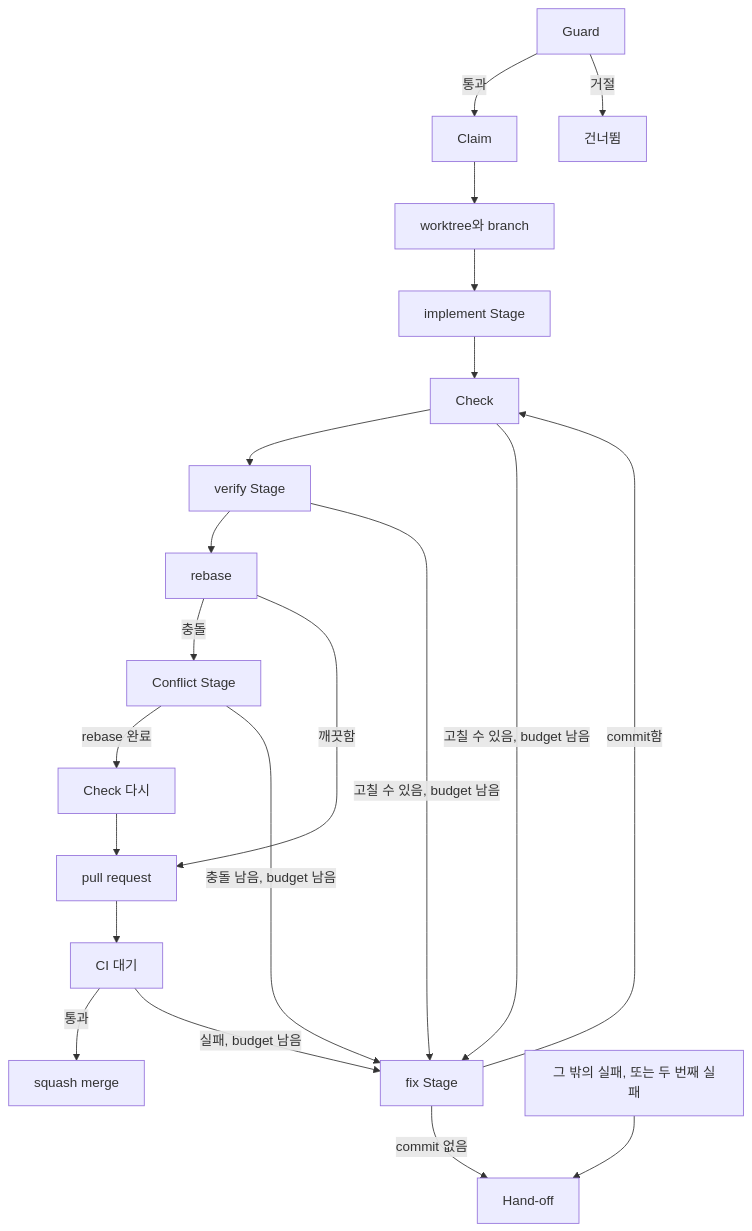
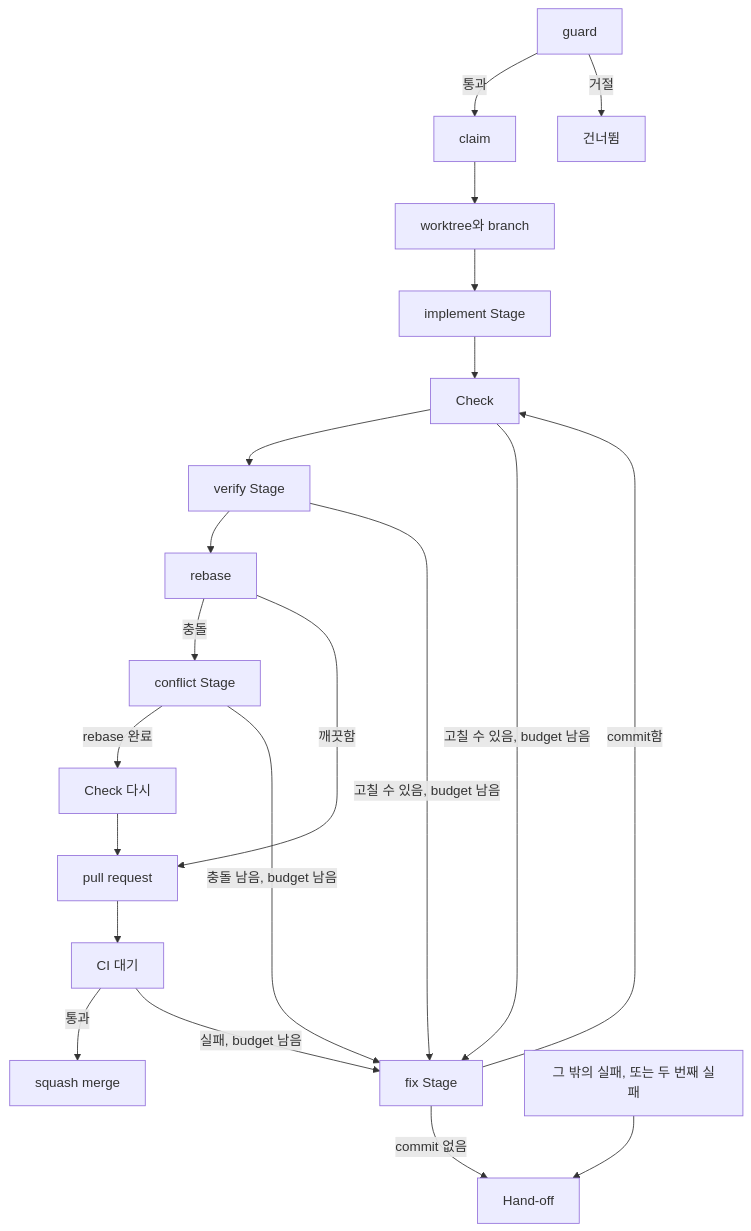
One commit to jjongs2/ticket-runner changed the first of 2 diagrams in wiki/ko/guide/ticket-to-merge.md. Above: the diagram before and after it, drawn with Mermaid. The commit also changed other lines of this file and 1 other file, not shown here.

````diff
--- a/wiki/ko/guide/ticket-to-merge.md
+++ b/wiki/ko/guide/ticket-to-merge.md
@@ -23,23 +23,23 @@
 ```mermaid
 flowchart TD
-    G["Guard"] -->|통과| C["Claim"]
+    G["guard"] -->|통과| C["claim"]
     G -->|거절| S["건너뜀"]
     C --> W["worktree와 branch"]
     W --> I["implement Stage"]
     I --> K["Check"]
     K --> V["verify Stage"]
     V --> R["rebase"]
-    R -->|충돌| X["Conflict Stage"]
+    R -->|충돌| X["conflict Stage"]
     X -->|rebase 완료| K2["Check 다시"]
     R -->|깨끗함| P["pull request"]
     K2 --> P
     P --> CI["CI 대기"]
     CI -->|통과| M["squash merge"]
     K -->|"고칠 수 있음, budget 남음"| F["fix Stage"]
     V -->|"고칠 수 있음, budget 남음"| F
     X -->|"충돌 남음, budget 남음"| F
     CI -->|"실패, budget 남음"| F
     F -->|commit함| K
     F -->|commit 없음| H["Hand-off"]
     O["그 밖의 실패, 또는 두 번째 실패"] --> H
 ```
````
